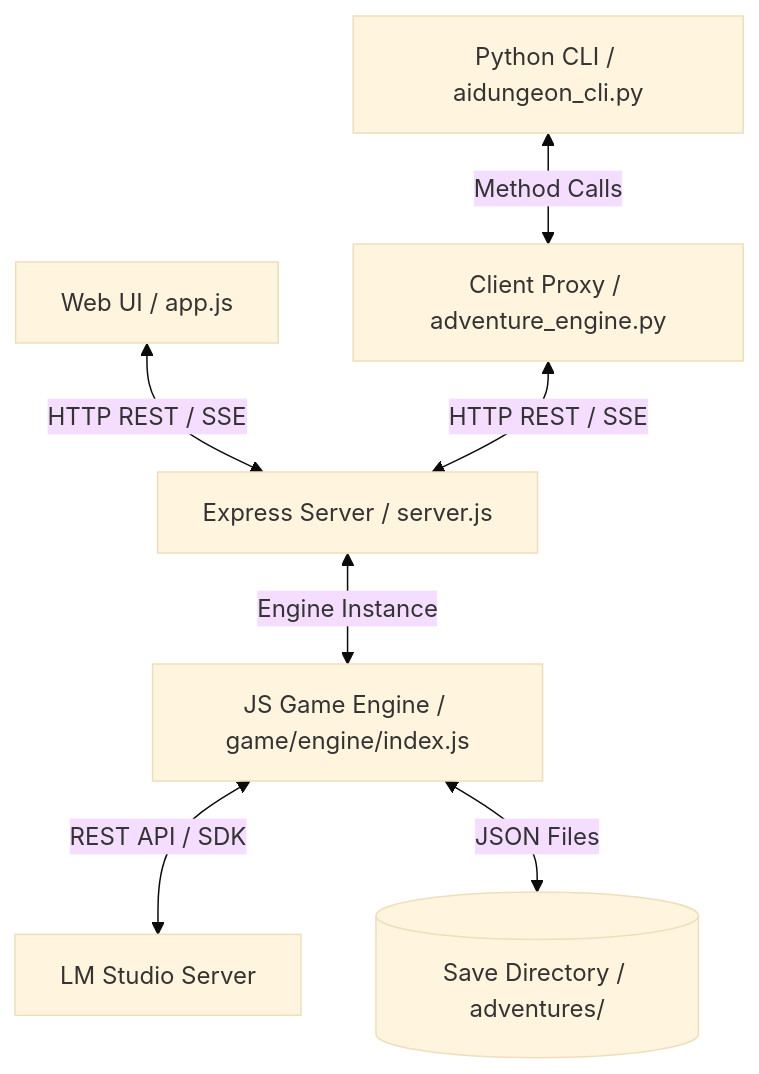
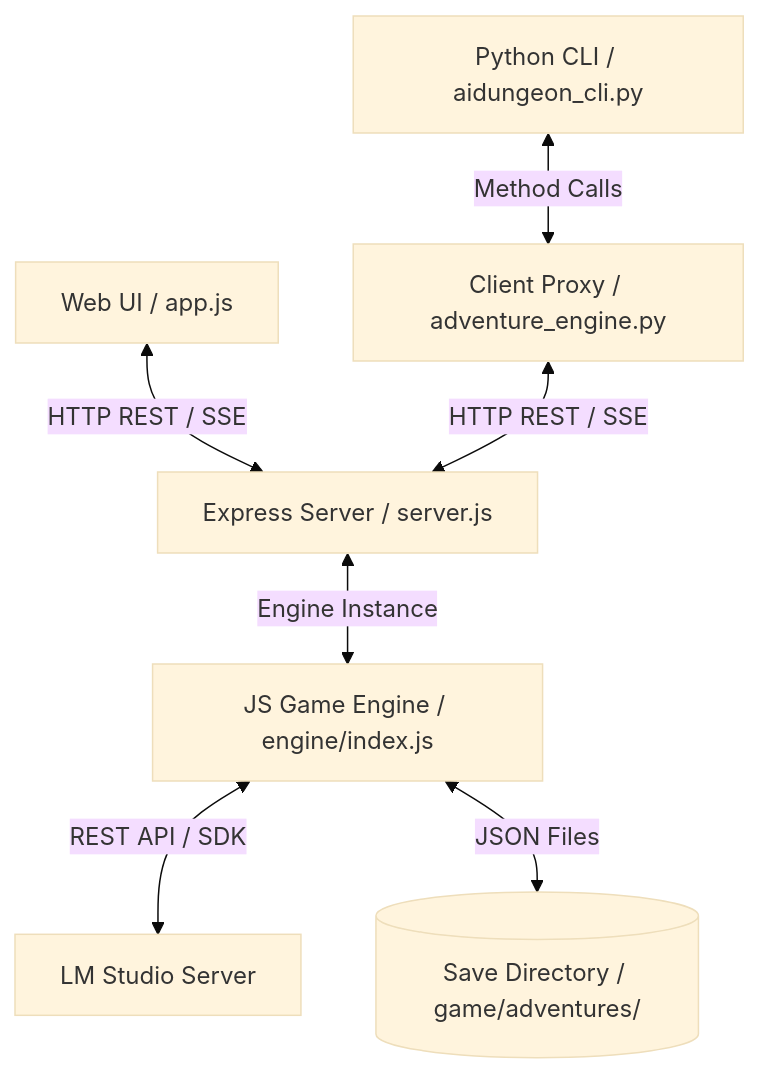
One commit to slowbutfast/open-dungeon changed the diagram in BACKEND_STATUS.md. Above: the diagram before and after it, drawn with Mermaid (base theme). The commit also changed other lines of this file and 14 other files, not shown here.

````diff
--- a/BACKEND_STATUS.md
+++ b/BACKEND_STATUS.md
@@ -14,9 +14,9 @@
 ```mermaid
 graph TD
     UI[Web UI / app.js] <-->|HTTP REST / SSE| Server[Express Server / server.js]
     CLI[Python CLI / aidungeon_cli.py] <-->|Method Calls| Proxy[Client Proxy / adventure_engine.py]
     Proxy <-->|HTTP REST / SSE| Server
-    Server <-->|Engine Instance| Engine[JS Game Engine / game/engine/index.js]
+    Server <-->|Engine Instance| Engine[JS Game Engine / engine/index.js]
     Engine <-->|REST API / SDK| LM[LM Studio Server]
-    Engine <-->|JSON Files| Disk[(Save Directory / adventures/)]
+    Engine <-->|JSON Files| Disk[(Save Directory / game/adventures/)]
 ```
````
